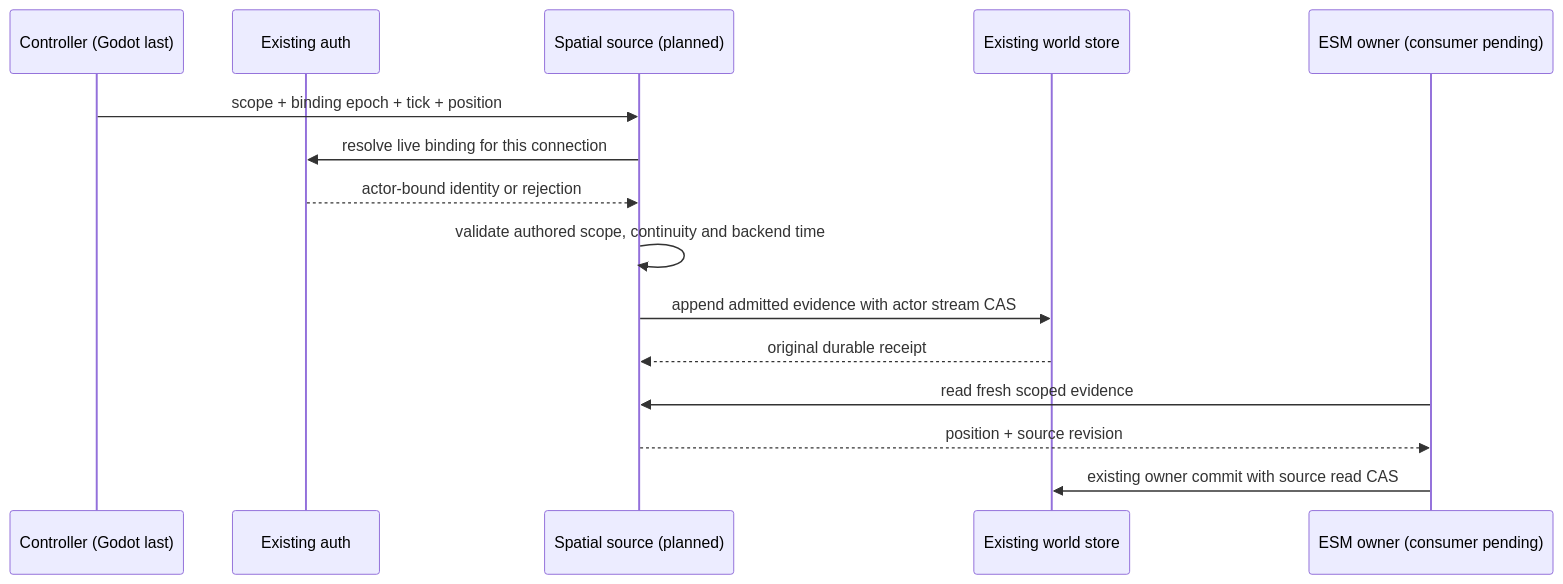
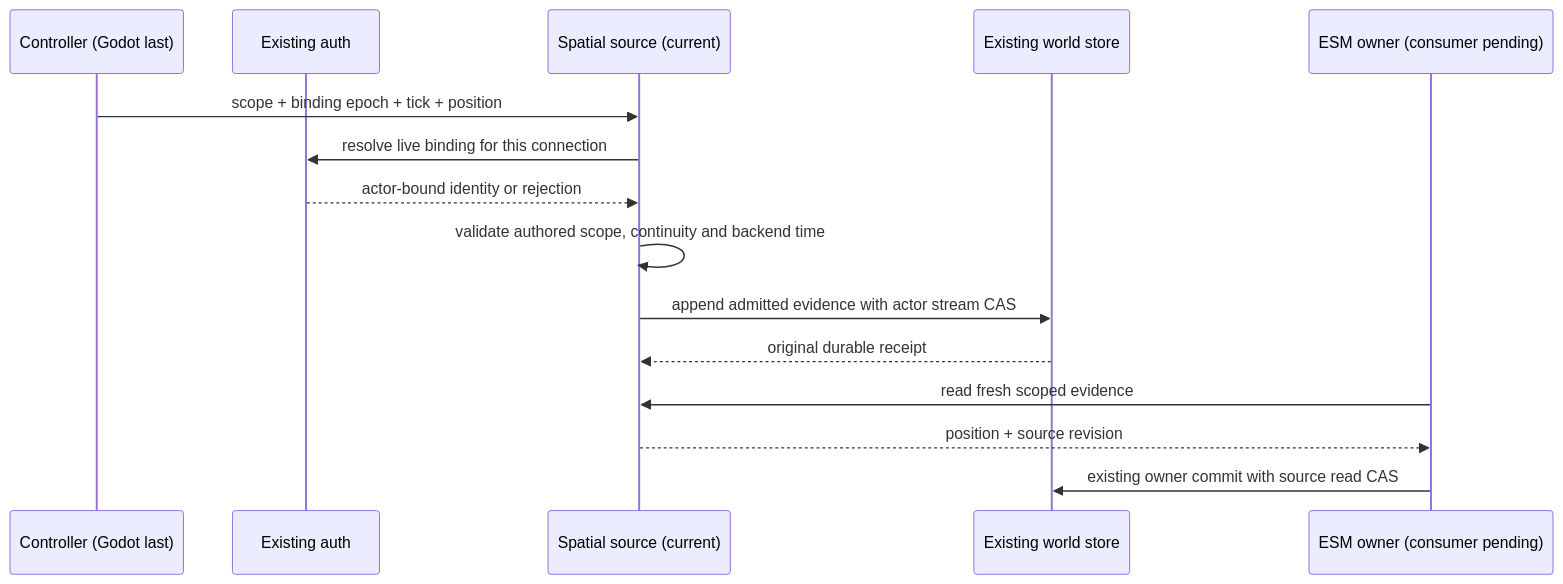
One commit to Dancing-coin/Paralls-phase0-1 changed the second of 3 diagrams in docs/superpowers/specs/2026-10-20-embodied-spatial-source-design.md. Above: the diagram before and after it, drawn with Mermaid. The commit also changed other lines of this file and 2 other files, not shown here.

Commit message:
docs: record live spatial ingress evidence and cleanup limits

````diff
--- a/docs/superpowers/specs/2026-10-20-embodied-spatial-source-design.md
+++ b/docs/superpowers/specs/2026-10-20-embodied-spatial-source-design.md
@@ -28,17 +28,17 @@
 ```mermaid
 sequenceDiagram
   participant G as Controller (Godot last)
   participant A as Existing auth
-  participant S as Spatial source (planned)
+  participant S as Spatial source (current)
   participant W as Existing world store
   participant O as ESM owner (consumer pending)
   G->>S: scope + binding epoch + tick + position
   S->>A: resolve live binding for this connection
   A-->>S: actor-bound identity or rejection
   S->>S: validate authored scope, continuity and backend time
   S->>W: append admitted evidence with actor stream CAS
   W-->>S: original durable receipt
   O->>S: read fresh scoped evidence
   S-->>O: position + source revision
   O->>W: existing owner commit with source read CAS
 ```
````
